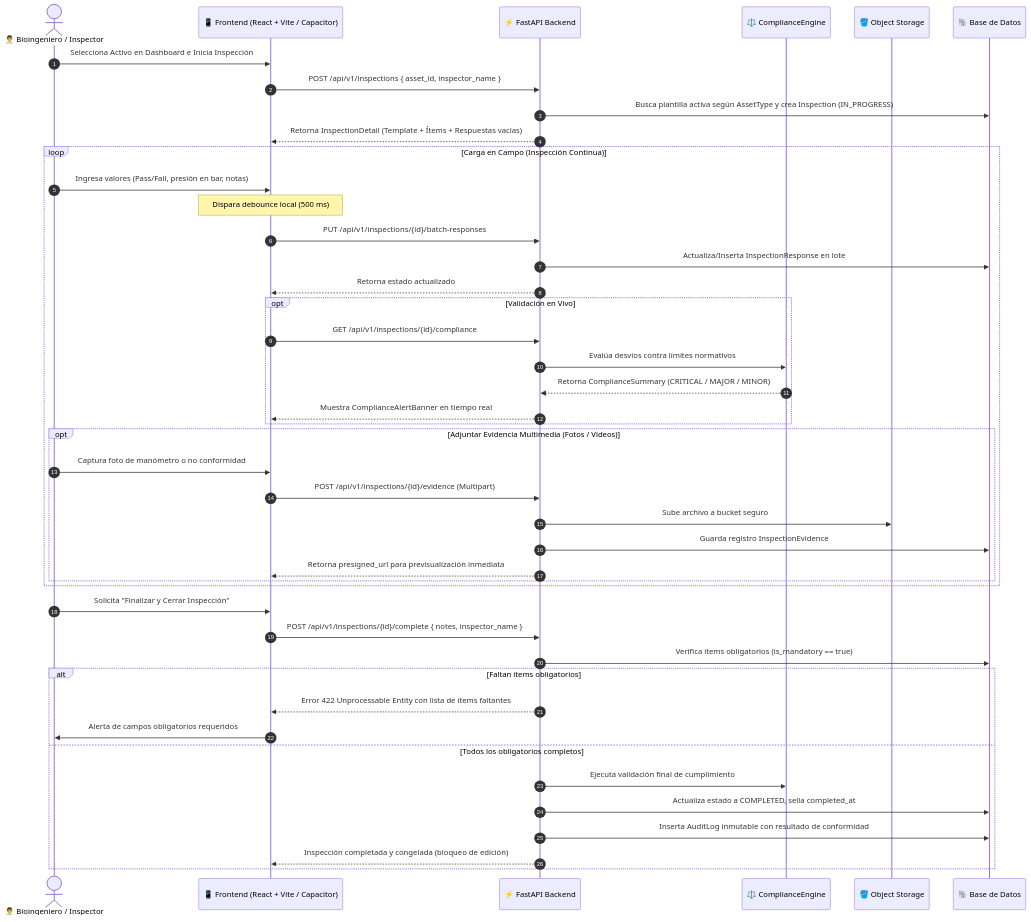
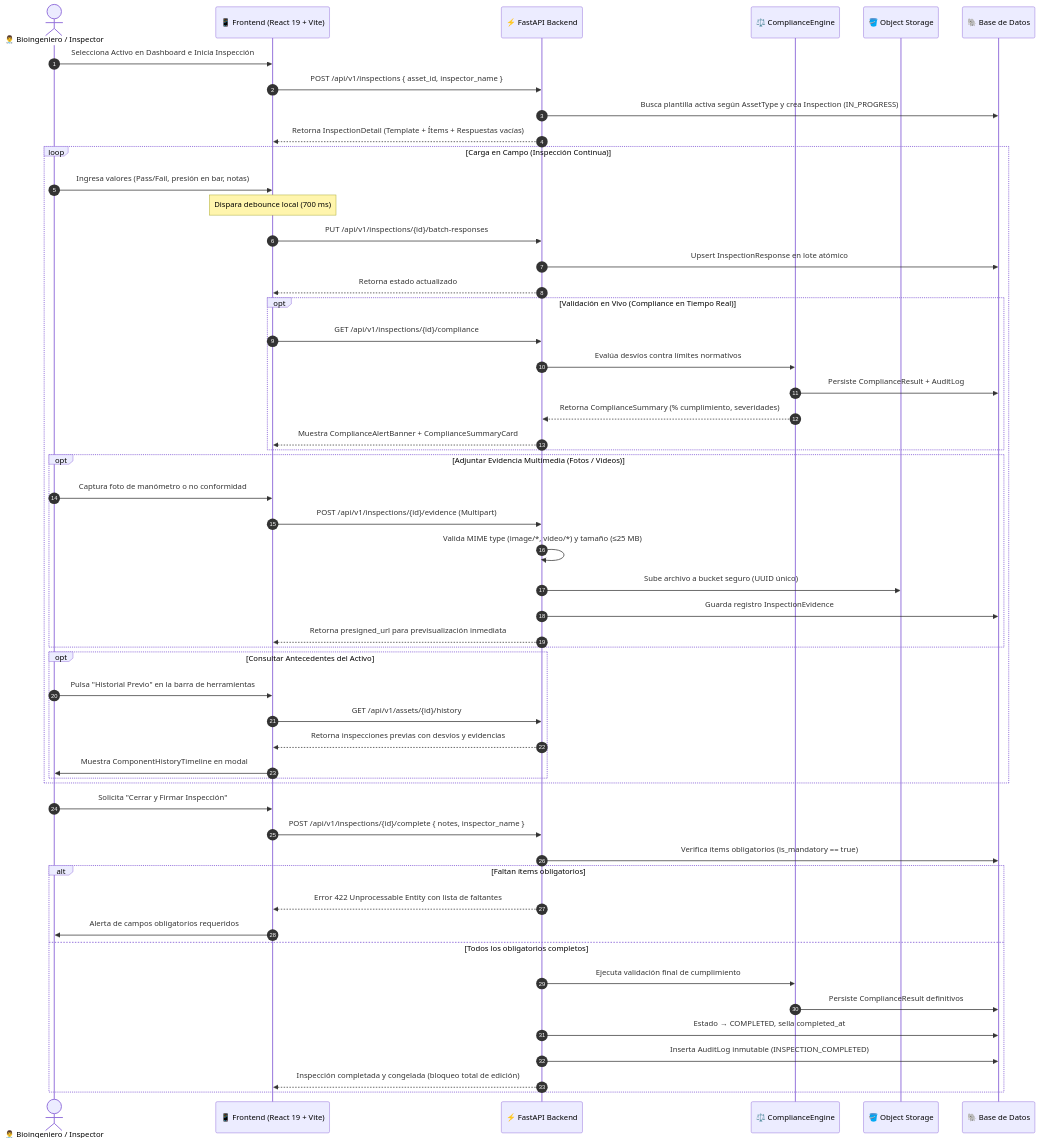
Before and after one commit to pedrobattauzpb/Proyecto_Taller_Bioingenieria-Grupo_19: the third of 4 diagrams in ARQUITECTURA.md, drawn with Mermaid. The commit also changed other lines of this file and 1 other file, not shown here.

Commit message:
docs: actualizar CONTEXTO.md y ARQUITECTURA.md con estado completo del proyecto (OE 1-3 completados)

````diff
--- a/ARQUITECTURA.md
+++ b/ARQUITECTURA.md
@@ -215,51 +238,61 @@
 ```mermaid
 sequenceDiagram
     autonumber
     actor Inspector as 👨‍⚕️ Bioingeniero / Inspector
-    participant UI as 📱 Frontend (React + Vite / Capacitor)
+    participant UI as 📱 Frontend (React 19 + Vite)
     participant API as ⚡ FastAPI Backend
     participant CE as ⚖️ ComplianceEngine
     participant S3 as 🪣 Object Storage
     participant DB as 🐘 Base de Datos
 
     Inspector->>UI: Selecciona Activo en Dashboard e Inicia Inspección
     UI->>API: POST /api/v1/inspections { asset_id, inspector_name }
     API->>DB: Busca plantilla activa según AssetType y crea Inspection (IN_PROGRESS)
     API-->>UI: Retorna InspectionDetail (Template + Ítems + Respuestas vacías)
 
     loop Carga en Campo (Inspección Continua)
         Inspector->>UI: Ingresa valores (Pass/Fail, presión en bar, notas)
-        Note over UI: Dispara debounce local (500 ms)
+        Note over UI: Dispara debounce local (700 ms)
         UI->>API: PUT /api/v1/inspections/{id}/batch-responses
-        API->>DB: Actualiza/Inserta InspectionResponse en lote
+        API->>DB: Upsert InspectionResponse en lote atómico
         API-->>UI: Retorna estado actualizado
 
-        opt Validación en Vivo
+        opt Validación en Vivo (Compliance en Tiempo Real)
             UI->>API: GET /api/v1/inspections/{id}/compliance
             API->>CE: Evalúa desvíos contra límites normativos
-            CE-->>API: Retorna ComplianceSummary (CRITICAL / MAJOR / MINOR)
-            API-->>UI: Muestra ComplianceAlertBanner en tiempo real
+            CE->>DB: Persiste ComplianceResult + AuditLog
+            CE-->>API: Retorna ComplianceSummary (% cumplimiento, severidades)
+            API-->>UI: Muestra ComplianceAlertBanner + ComplianceSummaryCard
         end
 
         opt Adjuntar Evidencia Multimedia (Fotos / Videos)
             Inspector->>UI: Captura foto de manómetro o no conformidad
             UI->>API: POST /api/v1/inspections/{id}/evidence (Multipart)
-            API->>S3: Sube archivo a bucket seguro
+            API->>API: Valida MIME type (image/*, video/*) y tamaño (≤25 MB)
+            API->>S3: Sube archivo a bucket seguro (UUID único)
             API->>DB: Guarda registro InspectionEvidence
             API-->>UI: Retorna presigned_url para previsualización inmediata
         end
+
+        opt Consultar Antecedentes del Activo
+            Inspector->>UI: Pulsa "Historial Previo" en la barra de herramientas
+            UI->>API: GET /api/v1/assets/{id}/history
+            API-->>UI: Retorna inspecciones previas con desvíos y evidencias
+            UI->>Inspector: Muestra ComponentHistoryTimeline en modal
+        end
     end
 
-    Inspector->>UI: Solicita "Finalizar y Cerrar Inspección"
+    Inspector->>UI: Solicita "Cerrar y Firmar Inspección"
     UI->>API: POST /api/v1/inspections/{id}/complete { notes, inspector_name }
     API->>DB: Verifica ítems obligatorios (is_mandatory == true)
     alt Faltan ítems obligatorios
-        API-->>UI: Error 422 Unprocessable Entity con lista de ítems faltantes
+        API-->>UI: Error 422 Unprocessable Entity con lista de faltantes
         UI->>Inspector: Alerta de campos obligatorios requeridos
     else Todos los obligatorios completos
         API->>CE: Ejecuta validación final de cumplimiento
-        API->>DB: Actualiza estado a COMPLETED, sella completed_at
-        API->>DB: Inserta AuditLog inmutable con resultado de conformidad
-        API-->>UI: Inspección completada y congelada (bloqueo de edición)
+        CE->>DB: Persiste ComplianceResult definitivos
+        API->>DB: Estado → COMPLETED, sella completed_at
+        API->>DB: Inserta AuditLog inmutable (INSPECTION_COMPLETED)
+        API-->>UI: Inspección completada y congelada (bloqueo total de edición)
     end
 ```
````
